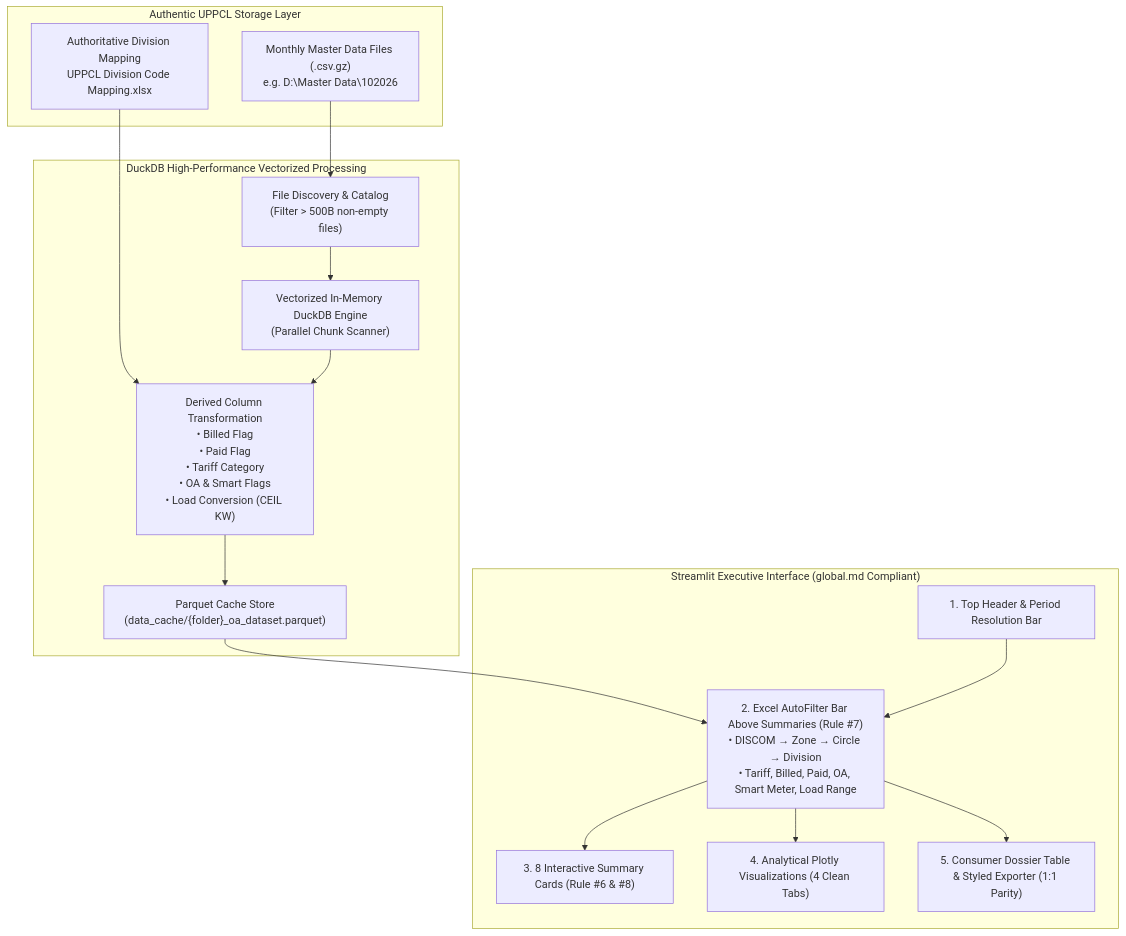
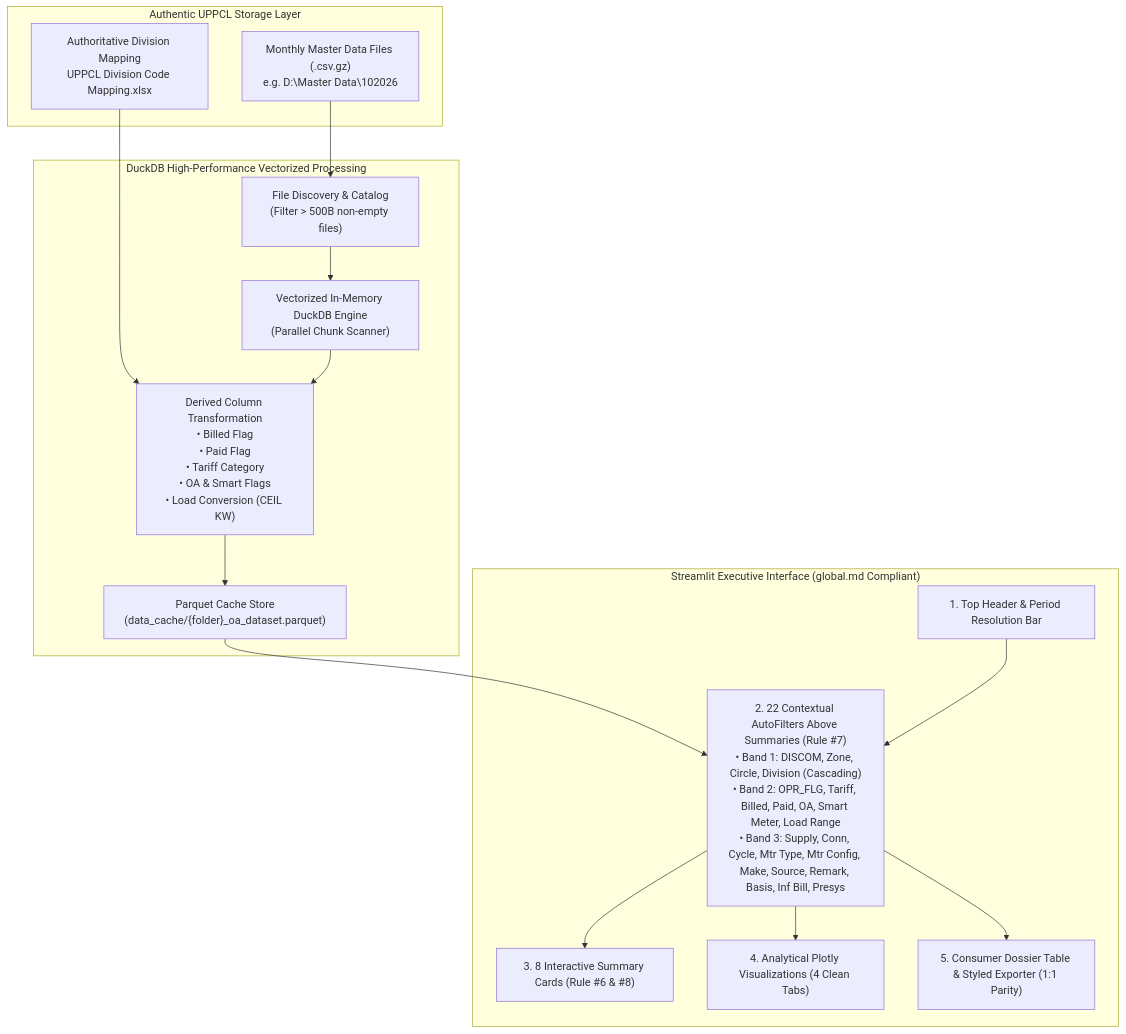
The diagram in docs/TECHNICAL_DESIGN_AND_MANUAL.md (santosh-mvvnl/Open-Access), drawn with Mermaid before and after one commit. The commit also changed other lines of this file and 2 other files, not shown here.

Commit message:
feat: Display all 22 requested filters in categorized AutoFilter bands above summaries conforming to global.md

````diff
--- a/docs/TECHNICAL_DESIGN_AND_MANUAL.md
+++ b/docs/TECHNICAL_DESIGN_AND_MANUAL.md
@@ -8,33 +8,33 @@
 ```mermaid
 graph TD
     subgraph Storage["Authentic UPPCL Storage Layer"]
         MD["Monthly Master Data Files (.csv.gz)<br>e.g. D:\Master Data\102026"]
         MAP["Authoritative Division Mapping<br>UPPCL Division Code Mapping.xlsx"]
     end
 
     subgraph Engine["DuckDB High-Performance Vectorized Processing"]
         SCAN["File Discovery & Catalog<br>(Filter > 500B non-empty files)"]
         DUCK["Vectorized In-Memory DuckDB Engine<br>(Parallel Chunk Scanner)"]
         ENRICH["Derived Column Transformation<br>• Billed Flag<br>• Paid Flag<br>• Tariff Category<br>• OA & Smart Flags<br>• Load Conversion (CEIL KW)"]
         CACHE["Parquet Cache Store<br>(data_cache/{folder}_oa_dataset.parquet)"]
     end
 
     subgraph UI["Streamlit Executive Interface (global.md Compliant)"]
         TOP["1. Top Header & Period Resolution Bar"]
-        FILT["2. Excel AutoFilter Bar Above Summaries (Rule #7)<br>• DISCOM &rarr; Zone &rarr; Circle &rarr; Division<br>• Tariff, Billed, Paid, OA, Smart Meter, Load Range"]
+        FILT["2. 22 Contextual AutoFilters Above Summaries (Rule #7)<br>• Band 1: DISCOM, Zone, Circle, Division (Cascading)<br>• Band 2: OPR_FLG, Tariff, Billed, Paid, OA, Smart Meter, Load Range<br>• Band 3: Supply, Conn, Cycle, Mtr Type, Mtr Config, Make, Source, Remark, Basis, Inf Bill, Presys"]
         KPI["3. 8 Interactive Summary Cards (Rule #6 & #8)"]
         CHART["4. Analytical Plotly Visualizations (4 Clean Tabs)"]
         TABLE["5. Consumer Dossier Table & Styled Exporter (1:1 Parity)"]
     end
 
     MD --> SCAN
     SCAN --> DUCK
     MAP --> ENRICH
     DUCK --> ENRICH
     ENRICH --> CACHE
     CACHE --> FILT
     FILT --> KPI
     FILT --> CHART
     FILT --> TABLE
     TOP --> FILT
 ```
````
